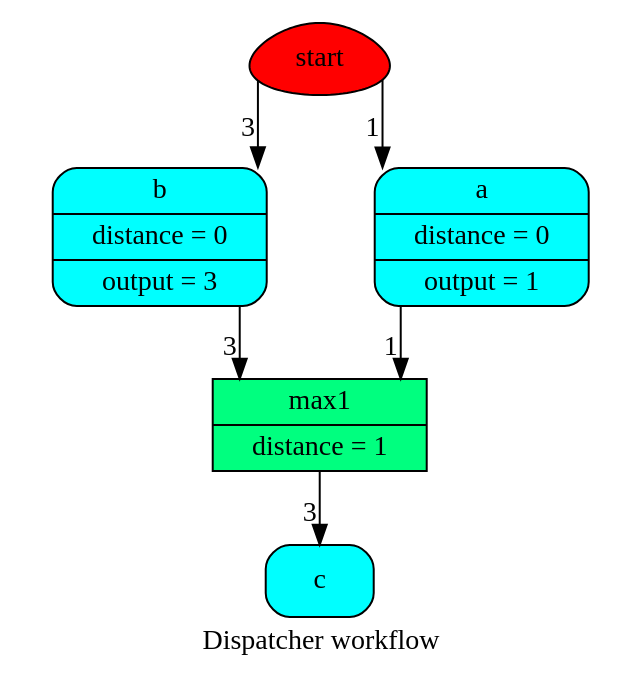
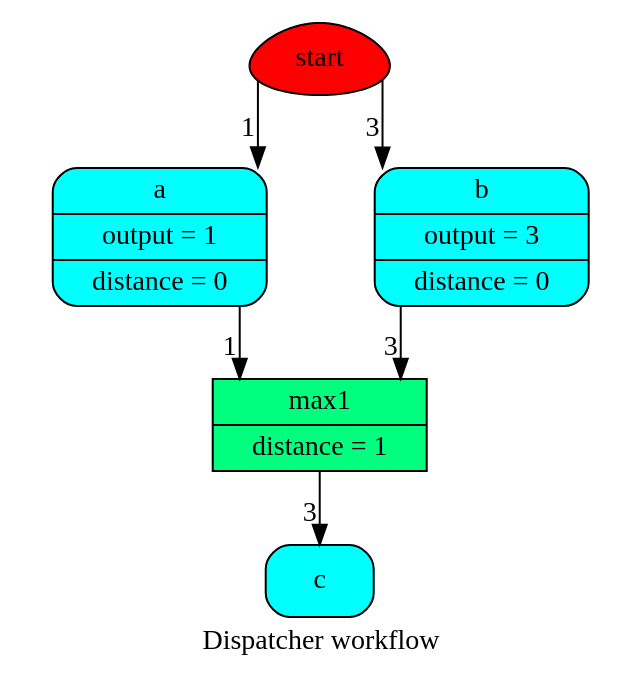
One commit to vinci1it2000/schedula changed the diagram in doc/dispatcher/__init__/remove_cycles/wf.dot. Above: the diagram before and after it, drawn with Graphviz. The commit also changed 27 other files, not shown here.

```diff
--- a/doc/dispatcher/__init__/remove_cycles/wf.dot
+++ b/doc/dispatcher/__init__/remove_cycles/wf.dot
@@ -1,16 +1,16 @@
 digraph Dispatcher {
 	graph [ratio=1]
 	node [style=filled]
+	label = "Dispatcher workflow"
 	splines = ortho
-	label = "Dispatcher workflow"
-		Dispatcher_4373676344 [label=start fillcolor=red shape=egg]
-		"Dispatcher_-4863238121632644504" [label="{ b | distance = 0 | output = 3 }" fillcolor=cyan shape=Mrecord]
-		"Dispatcher_-5827508458787275582" [label="{ max1 | distance = 1 }" fillcolor=springgreen shape=record]
-		"Dispatcher_-7525193253846915964" [label="{ c  }" fillcolor=cyan shape=Mrecord]
-		Dispatcher_5281915415694126460 [label="{ a | distance = 0 | output = 1 }" fillcolor=cyan shape=Mrecord]
-			"Dispatcher_-4863238121632644504" -> "Dispatcher_-5827508458787275582" [xlabel=3]
-			"Dispatcher_-5827508458787275582" -> "Dispatcher_-7525193253846915964" [xlabel=3]
-			Dispatcher_4373676344 -> "Dispatcher_-4863238121632644504" [xlabel=3]
-			Dispatcher_4373676344 -> Dispatcher_5281915415694126460 [xlabel=1]
-			Dispatcher_5281915415694126460 -> "Dispatcher_-5827508458787275582" [xlabel=1]
+		Dispatcher_78709768 [label=start fillcolor=red shape=egg]
+		Dispatcher_5285838715725610368 [label="{ a | output = 1 | distance = 0 }" fillcolor=cyan shape=Mrecord]
+		"Dispatcher_-1283898629557077595" [label="{ c  }" fillcolor=cyan shape=Mrecord]
+		Dispatcher_5113480376194660071 [label="{ max1 | distance = 1 }" fillcolor=springgreen shape=record]
+		Dispatcher_842756815190668186 [label="{ b | output = 3 | distance = 0 }" fillcolor=cyan shape=Mrecord]
+			Dispatcher_5285838715725610368 -> Dispatcher_5113480376194660071 [xlabel=1]
+			Dispatcher_5113480376194660071 -> "Dispatcher_-1283898629557077595" [xlabel=3]
+			Dispatcher_78709768 -> Dispatcher_5285838715725610368 [xlabel=1]
+			Dispatcher_78709768 -> Dispatcher_842756815190668186 [xlabel=3]
+			Dispatcher_842756815190668186 -> Dispatcher_5113480376194660071 [xlabel=3]
 }
```
